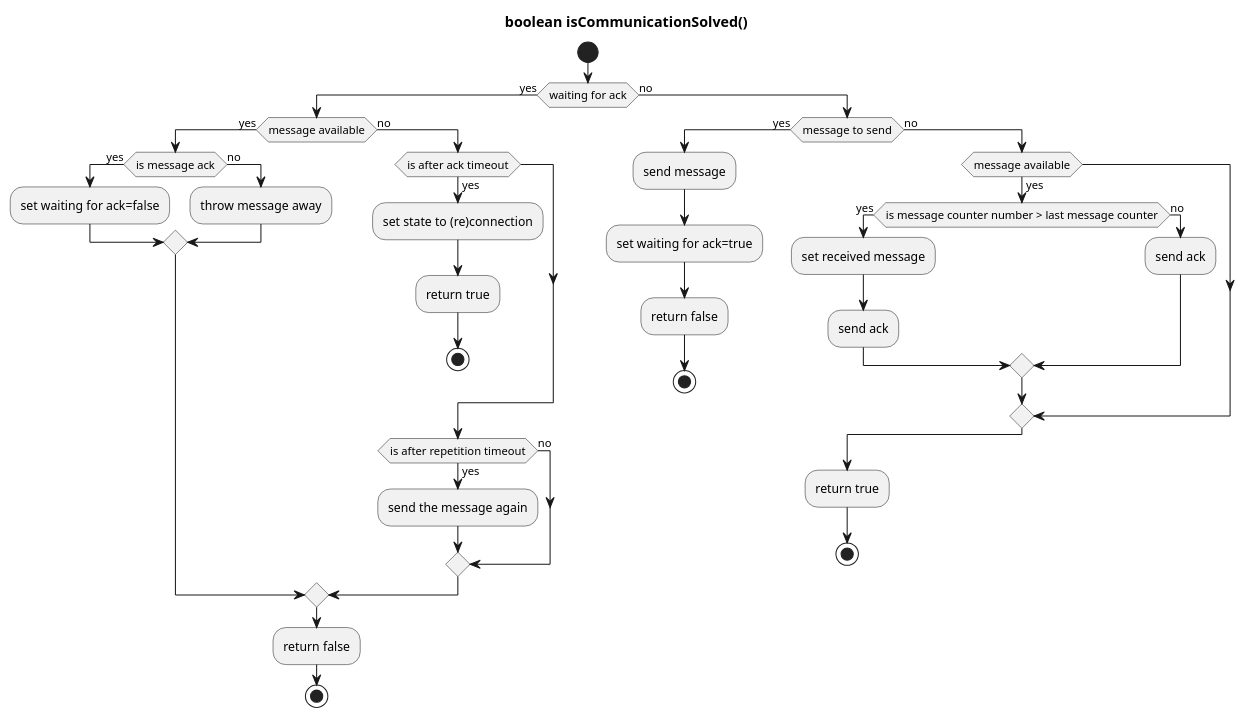
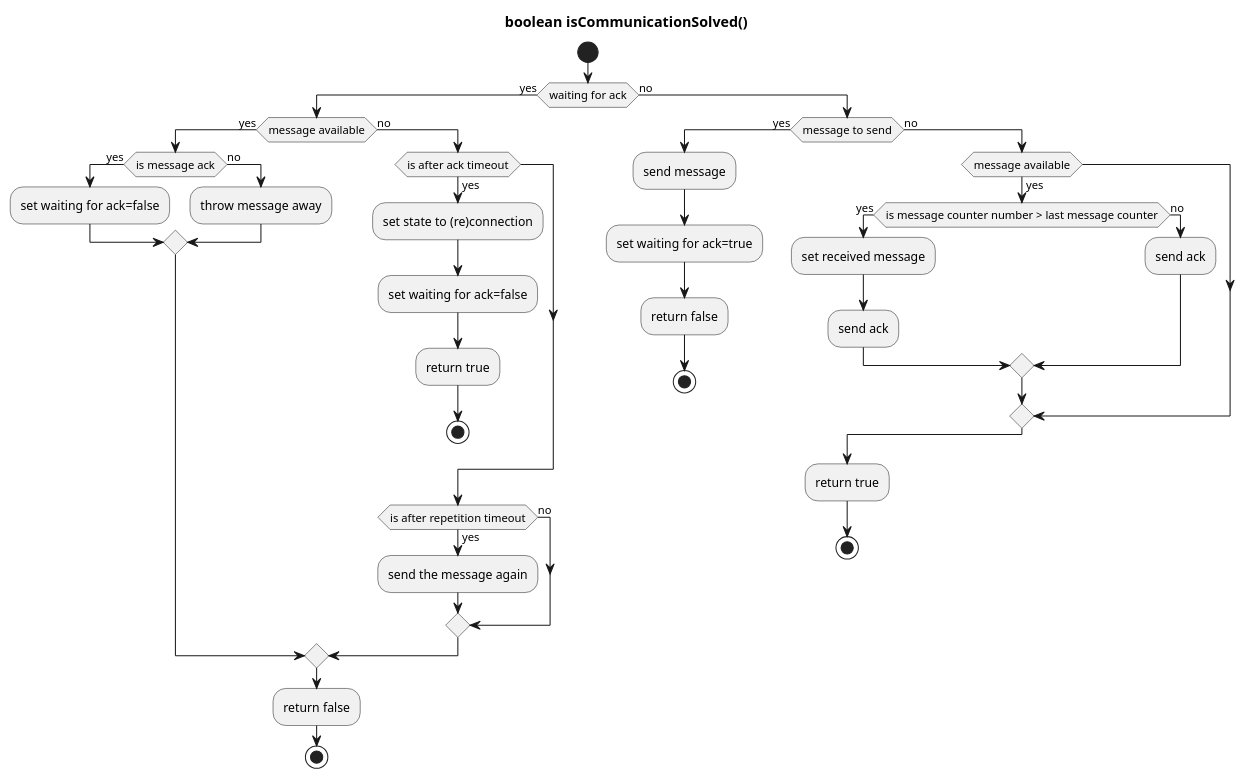
Before and after one commit to bardolf/fatrug: the diagram in doc/uml/comm_diagram.plantuml, drawn with PlantUML. The commit also changed 3 other files, not shown here.

```diff
--- a/doc/uml/comm_diagram.plantuml
+++ b/doc/uml/comm_diagram.plantuml
@@ -1,55 +1,56 @@
 @startuml
 title boolean isCommunicationSolved()
 
 start
 
 ' repeat
 
     if (waiting for ack) then (yes)
         if (message available) then (yes) 
             if (is message ack) then (yes)
                 :set waiting for ack=false;
             else  (no)
                 :throw message away;
             endif
         else (no) 
             if (is after ack timeout) then (yes) 
                 :set state to (re)connection;
+                :set waiting for ack=false;
                 :return true;
                 stop
             endif
             if (is after repetition timeout) then (yes) 
                 :send the message again;                
             else (no)                
             endif                       
         endif    
         :return false;
         stop    
     else (no)
         if (message to send) then (yes)
             :send message;
             :set waiting for ack=true;
             :return false;
             stop
         else (no) 
             if (message available) then (yes)
                 if (is message counter number > last message counter) then (yes)
                     :set received message;
                     :send ack;
                 else (no)
                     :send ack;
                 endif
 
                 
             endif
         endif        
         :return true;
         stop
     endif
     
 
 
 ' repeat while (true)
 
 
 @enduml
```
